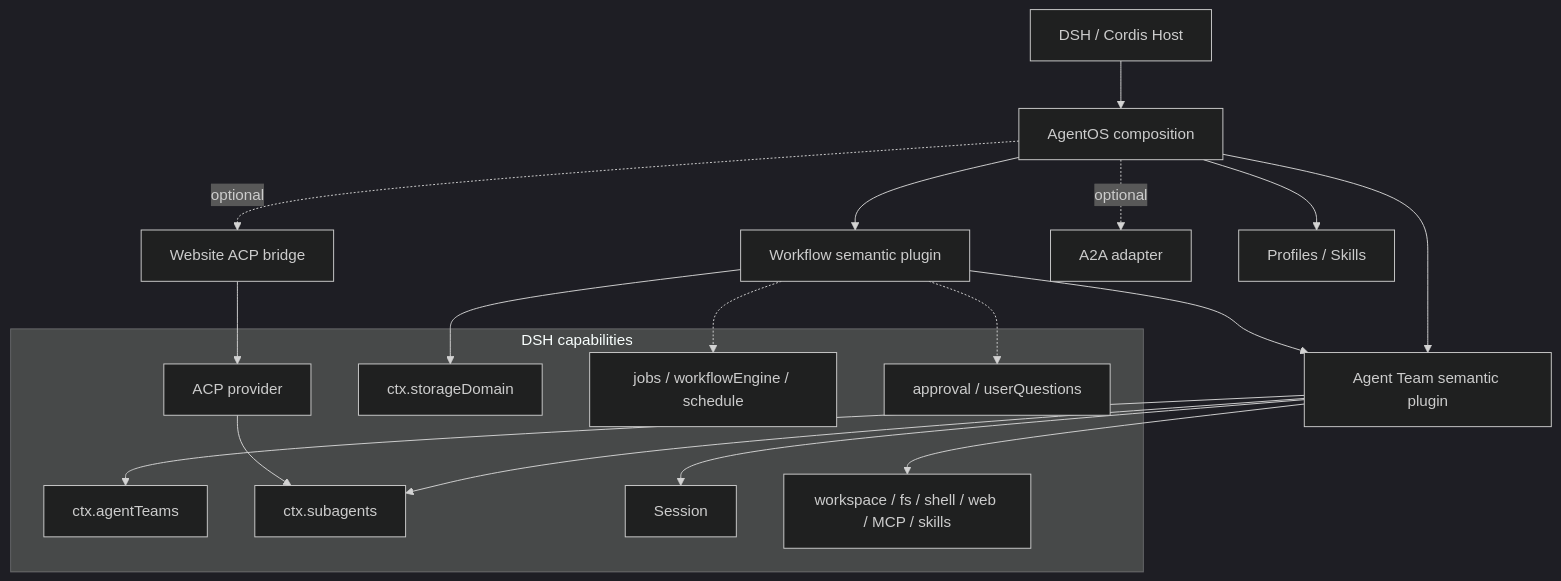
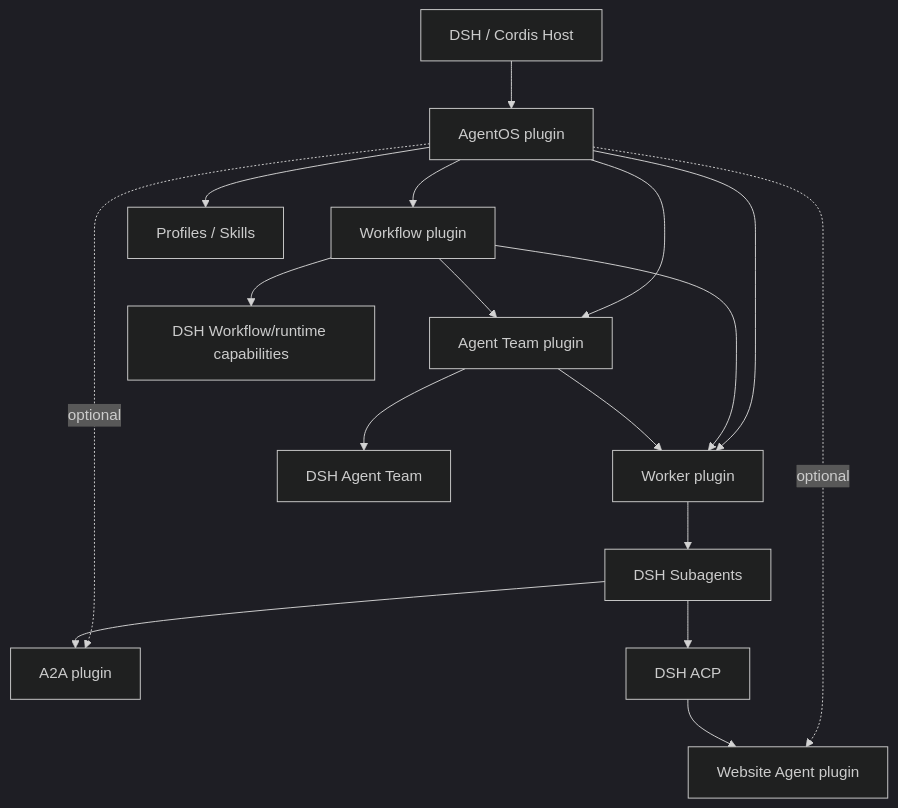
The diagram in docs/architecture/plugins/agentos/README.md (tsuuanmi/AgentOS), drawn with Mermaid (dark theme) before and after one commit. The commit also changed other lines of this file, not shown here.

Commit message:
docs: make AgentOS composition include canonical Worker plugin

```diff
--- a/docs/architecture/plugins/agentos/README.md
+++ b/docs/architecture/plugins/agentos/README.md
@@ -13,40 +14,38 @@
 ~~~mermaid
 flowchart TB
     Host[DSH / Cordis Host]
-    AgentOS[AgentOS composition]
+    AgentOS[AgentOS plugin]
 
-    Team[Agent Team semantic plugin]
-    Workflow[Workflow semantic plugin]
-    Website[Website ACP bridge]
-    A2A[A2A adapter]
+    Workflow[Workflow plugin]
+    Team[Agent Team plugin]
+    Worker[Worker plugin]
+    Website[Website Agent plugin]
+    A2A[A2A plugin]
     Profiles[Profiles / Skills]
 
+    DSHAT[DSH Agent Team]
+    Sub[DSH Subagents]
+    ACP[DSH ACP]
+    Runtime[DSH Workflow/runtime capabilities]
+
     Host --> AgentOS
+
+    AgentOS --> Workflow
     AgentOS --> Team
-    AgentOS --> Workflow
+    AgentOS --> Worker
     AgentOS -. optional .-> Website
     AgentOS -. optional .-> A2A
     AgentOS --> Profiles
 
-    subgraph DSH["DSH capabilities"]
-        AT[ctx.agentTeams]
-        Sub[ctx.subagents]
-        ACP[ACP provider]
-        Store[ctx.storageDomain]
-        Runtime[jobs / workflowEngine / schedule]
-        Int[approval / userQuestions]
-        Session[Session]
-        Tools[workspace / fs / shell / web / MCP / skills]
-    end
+    Workflow --> Team
+    Workflow --> Worker
+    Team --> Worker
 
-    Team --> AT
-    Team --> Sub
-    Website --> ACP
-    ACP --> Sub
-    Workflow --> Store
-    Workflow --> Team
-    Workflow -.-> Runtime
-    Workflow -.-> Int
-    Team --> Session
-    Team --> Tools
+    Team --> DSHAT
+    Worker --> Sub
+    Sub --> ACP
+    ACP --> Website
+    Sub --> A2A
+
+    Workflow --> Runtime
 ~~~
```
